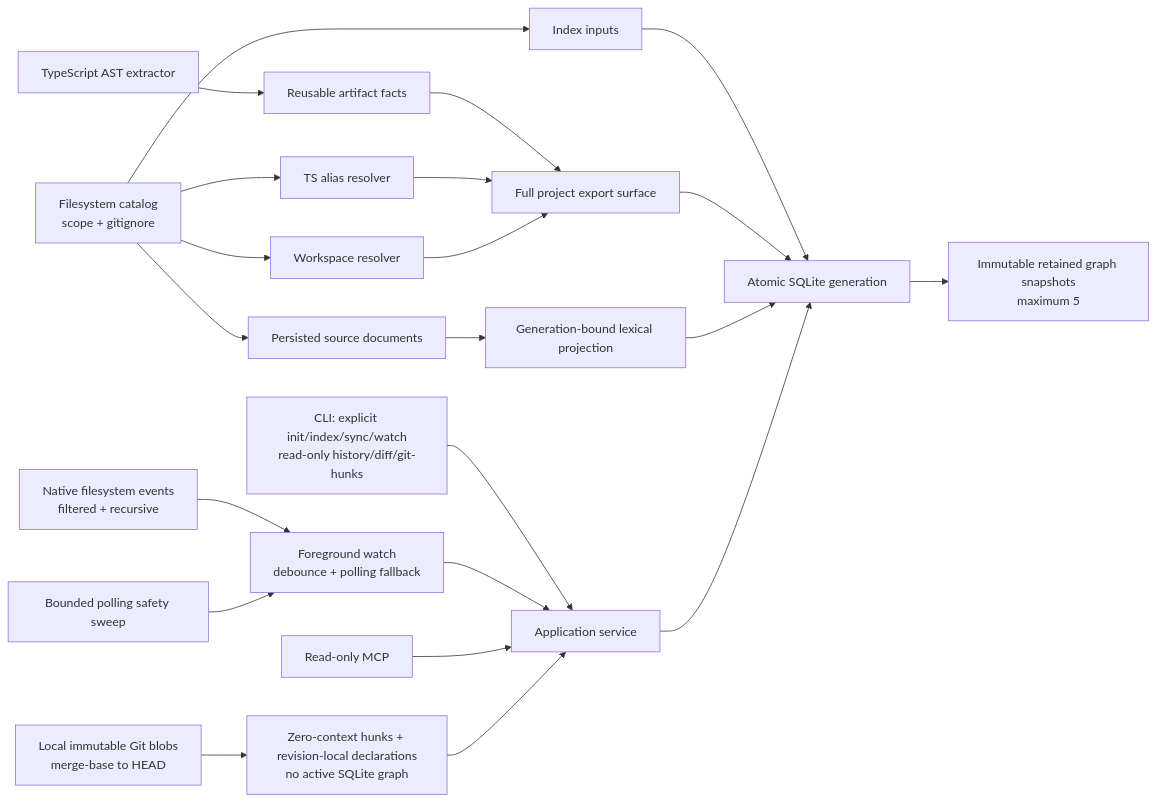
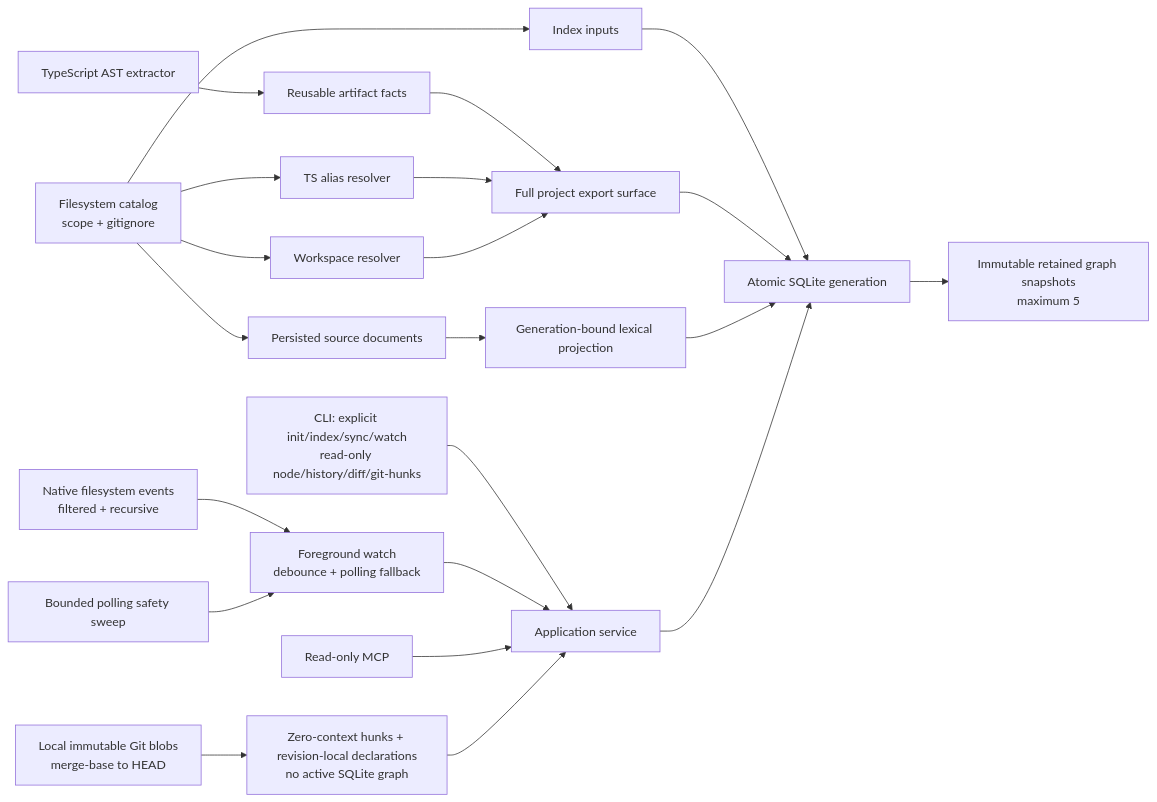
The diagram in README.md (HsinPu/SymbolLattice), drawn with Mermaid before and after one commit. The commit also changed other lines of this file and 11 other files, not shown here.

````diff
--- a/README.md
+++ b/README.md
@@ -447,23 +468,23 @@
 ```mermaid
 flowchart LR
-  CLI["CLI: explicit init/index/sync/watch\nread-only history/diff/git-hunks"] --> App["Application service"]
+  CLI["CLI: explicit init/index/sync/watch\nread-only node/history/diff/git-hunks"] --> App["Application service"]
   Native["Native filesystem events\nfiltered + recursive"] --> Watch["Foreground watch\ndebounce + polling fallback"]
   Timer["Bounded polling safety sweep"] --> Watch
   Watch --> App
   MCP["Read-only MCP"] --> App
   Git["Local immutable Git blobs\nmerge-base to HEAD"] --> GitHunks["Zero-context hunks + revision-local declarations\nno active SQLite graph"] --> App
   Catalog["Filesystem catalog\nscope + gitignore"] --> Inputs["Index inputs"]
   Catalog --> TS["TS alias resolver"]
   Catalog --> WS["Workspace resolver"]
   Extractor["TypeScript AST extractor"] --> Facts["Reusable artifact facts"]
   Catalog --> SourceDocs["Persisted source documents"]
   SourceDocs --> Retrieval["Generation-bound lexical projection"]
   Facts --> Resolver["Full project export surface"]
   TS --> Resolver
   WS --> Resolver
   Inputs --> SQLite["Atomic SQLite generation"]
   Resolver --> SQLite
   Retrieval --> SQLite
   SQLite --> Retained["Immutable retained graph snapshots\nmaximum 5"]
   App --> SQLite
 ```
````
